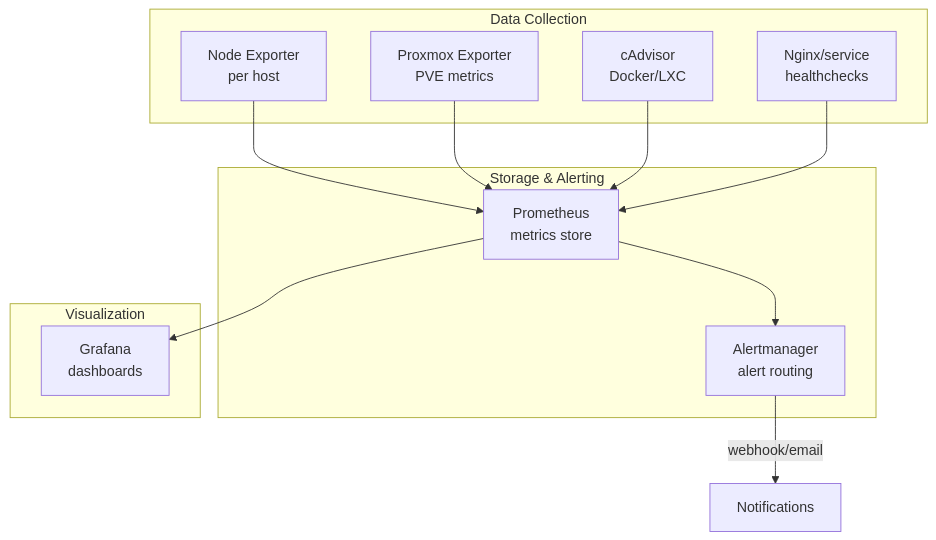
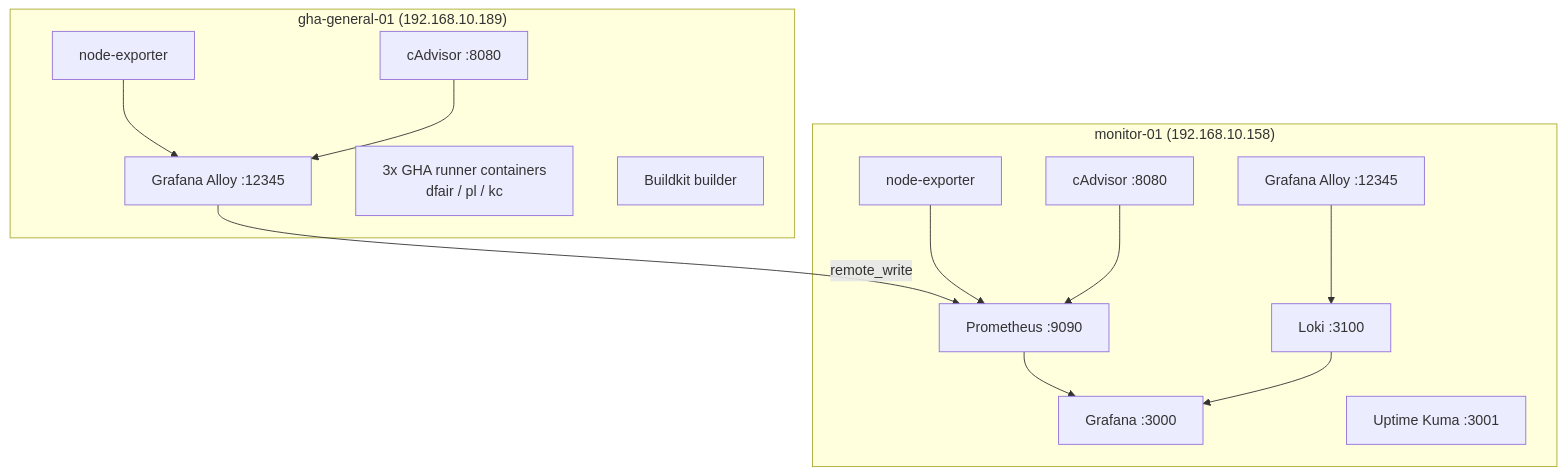
The diagram in docs/services/monitoring.md (sethbarrett50/home_lab_docs), drawn with Mermaid before and after one commit. The commit also changed other lines of this file and 1 other file, not shown here.

````diff
--- a/docs/services/monitoring.md
+++ b/docs/services/monitoring.md
@@ -9,26 +14,29 @@
 ```mermaid
 graph TD
-    subgraph "Data Collection"
-        NE[Node Exporter\nper host]
-        PE[Proxmox Exporter\nPVE metrics]
-        CB[cAdvisor\nDocker/LXC]
-        NM[Nginx/service\nhealthchecks]
+    subgraph "gha-general-01 (192.168.10.189)"
+        NE1[node-exporter]
+        CB1[cAdvisor :8080]
+        AL1[Grafana Alloy :12345]
+        R1[3x GHA runner containers\ndfair / pl / kc]
+        BK[Buildkit builder]
     end
 
-    subgraph "Storage & Alerting"
-        PROM[Prometheus\nmetrics store]
-        AM[Alertmanager\nalert routing]
+    subgraph "monitor-01 (192.168.10.158)"
+        NE2[node-exporter]
+        CB2[cAdvisor :8080]
+        AL2[Grafana Alloy :12345]
+        PROM[Prometheus :9090]
+        LOKI[Loki :3100]
+        GF[Grafana :3000]
+        KUMA[Uptime Kuma :3001]
     end
 
-    subgraph "Visualization"
-        GF[Grafana\ndashboards]
-    end
-
-    NE --> PROM
-    PE --> PROM
-    CB --> PROM
-    NM --> PROM
+    NE1 --> AL1
+    CB1 --> AL1
+    AL1 -->|remote_write| PROM
+    NE2 --> PROM
+    CB2 --> PROM
+    AL2 --> LOKI
     PROM --> GF
-    PROM --> AM
-    AM -->|webhook/email| NOTIFY[Notifications]
+    LOKI --> GF
 ```
````
